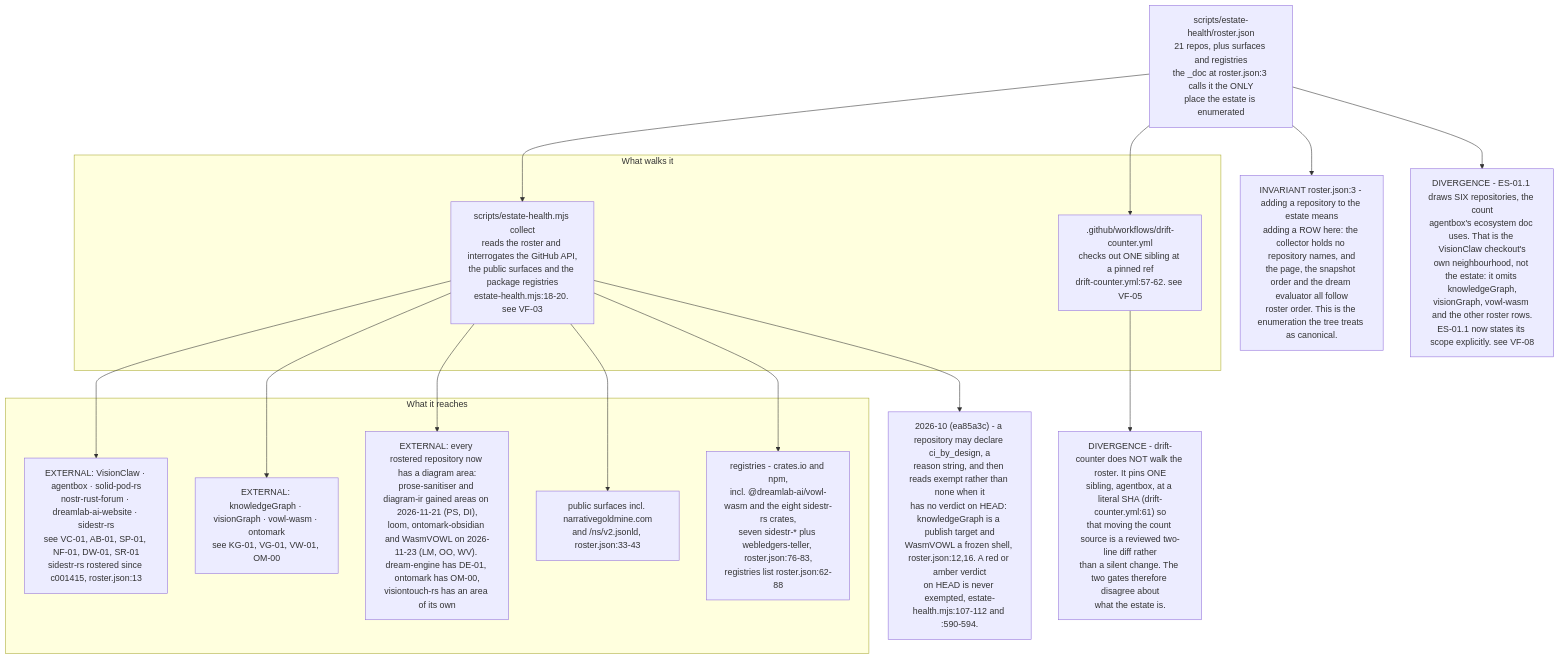
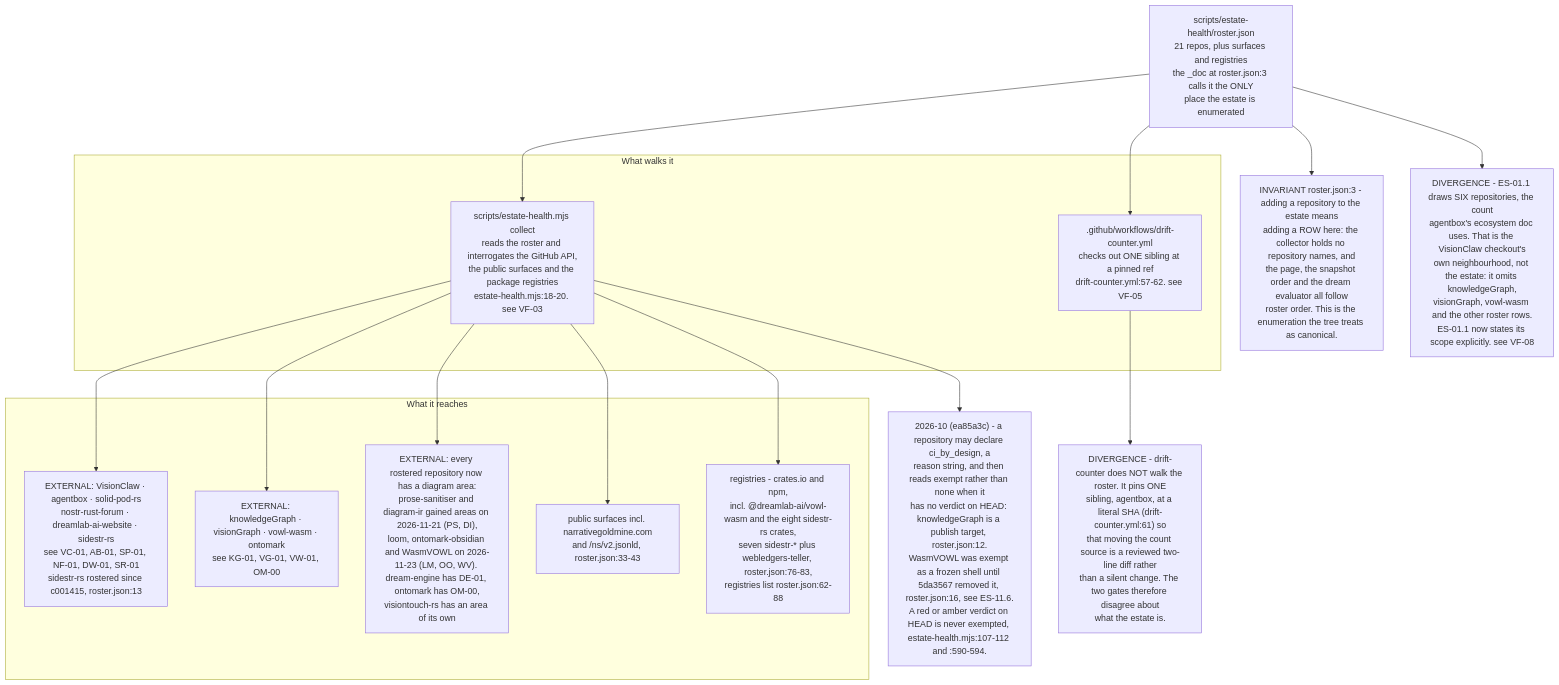
One commit to DreamLab-AI/VisionFlow changed the fifth of 6 diagrams in docs/diagrams/estate/11-publishing-axis.md. Above: the diagram before and after it, drawn with Mermaid. The commit also changed other lines of this file and 1 other file, not shown here.

First line of the commit message:
docs(diagrams): estate pass B (vowl-wasm 0.4.0 convergence, WasmVOWL CI, dream-core 0.5.0)

````diff
--- a/docs/diagrams/estate/11-publishing-axis.md
+++ b/docs/diagrams/estate/11-publishing-axis.md
@@ -152,35 +162,35 @@
 ```mermaid
 flowchart TB
     ROSTER["scripts/estate-health/roster.json<br/>21 repos, plus surfaces and registries<br/>the _doc at roster.json:3 calls it the ONLY<br/>place the estate is enumerated"]
 
     subgraph READERS["What walks it"]
         EH["scripts/estate-health.mjs collect<br/>reads the roster and interrogates the GitHub API,<br/>the public surfaces and the package registries<br/>estate-health.mjs:18-20. see VF-03"]
         DC[".github/workflows/drift-counter.yml<br/>checks out ONE sibling at a pinned ref<br/>drift-counter.yml:57-62. see VF-05"]
     end
 
     subgraph TARGETS["What it reaches"]
         R1["EXTERNAL: VisionClaw · agentbox · solid-pod-rs<br/>nostr-rust-forum · dreamlab-ai-website · sidestr-rs<br/>see VC-01, AB-01, SP-01, NF-01, DW-01, SR-01<br/>sidestr-rs rostered since c001415, roster.json:13"]
         R2["EXTERNAL: knowledgeGraph · visionGraph · vowl-wasm · ontomark<br/>see KG-01, VG-01, VW-01, OM-00"]
         R3["EXTERNAL: every rostered repository now has a diagram area:<br/>prose-sanitiser and diagram-ir gained areas on 2026-11-21 (PS, DI),<br/>loom, ontomark-obsidian and WasmVOWL on 2026-11-23 (LM, OO, WV). dream-engine has DE-01, ontomark has OM-00,<br/>visiontouch-rs has an area of its own"]
         SURF["public surfaces incl. narrativegoldmine.com<br/>and /ns/v2.jsonld, roster.json:33-43"]
         REG["registries - crates.io and npm,<br/>incl. @dreamlab-ai/vowl-wasm and the eight sidestr-rs crates,<br/>seven sidestr-* plus webledgers-teller, roster.json:76-83,<br/>registries list roster.json:62-88"]
     end
 
     ROSTER --> EH
     ROSTER --> DC
     EH --> R1
     EH --> R2
     EH --> R3
     EH --> SURF
     EH --> REG
 
     INV["INVARIANT roster.json:3 - adding a repository to the estate means<br/>adding a ROW here: the collector holds no repository names, and<br/>the page, the snapshot order and the dream evaluator all follow<br/>roster order. This is the enumeration the tree treats as canonical."]
     D1["DIVERGENCE - drift-counter does NOT walk the roster. It pins ONE<br/>sibling, agentbox, at a literal SHA (drift-counter.yml:61) so<br/>that moving the count source is a reviewed two-line diff rather<br/>than a silent change. The two gates therefore disagree about<br/>what the estate is."]
     D2["DIVERGENCE - ES-01.1 draws SIX repositories, the count<br/>agentbox's ecosystem doc uses. That is the VisionClaw checkout's<br/>own neighbourhood, not the estate: it omits knowledgeGraph,<br/>visionGraph, vowl-wasm and the other roster rows.<br/>ES-01.1 now states its scope explicitly. see VF-08"]
 
-    EXEMPT["2026-10 (ea85a3c) - a repository may declare ci_by_design, a<br/>reason string, and then reads exempt rather than none when it<br/>has no verdict on HEAD: knowledgeGraph is a publish target and<br/>WasmVOWL a frozen shell, roster.json:12,16. A red or amber verdict<br/>on HEAD is never exempted, estate-health.mjs:107-112 and :590-594."]
+    EXEMPT["2026-10 (ea85a3c) - a repository may declare ci_by_design, a<br/>reason string, and then reads exempt rather than none when it<br/>has no verdict on HEAD: knowledgeGraph is a publish target, roster.json:12.<br/>WasmVOWL was exempt as a frozen shell until 5da3567 removed it, roster.json:16, see ES-11.6.<br/>A red or amber verdict on HEAD is never exempted, estate-health.mjs:107-112 and :590-594."]
     EH --> EXEMPT
     ROSTER --> INV
     DC --> D1
     ROSTER --> D2
 ```
````
